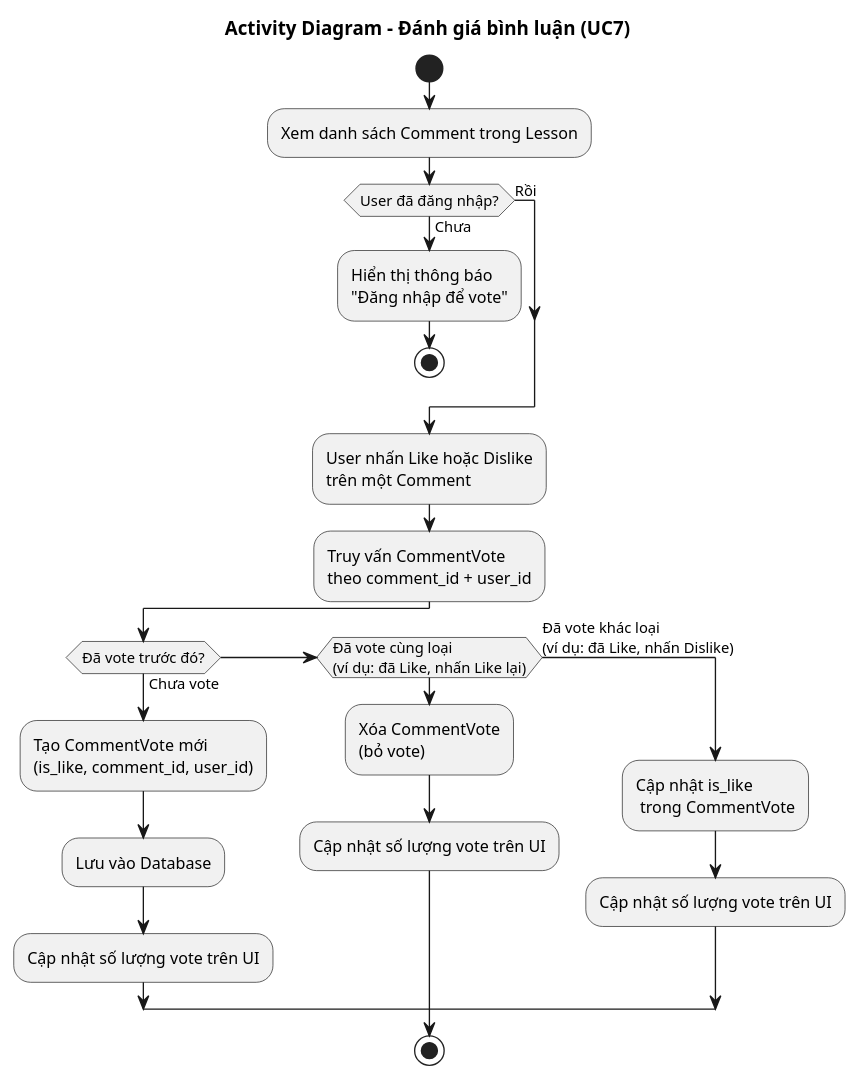
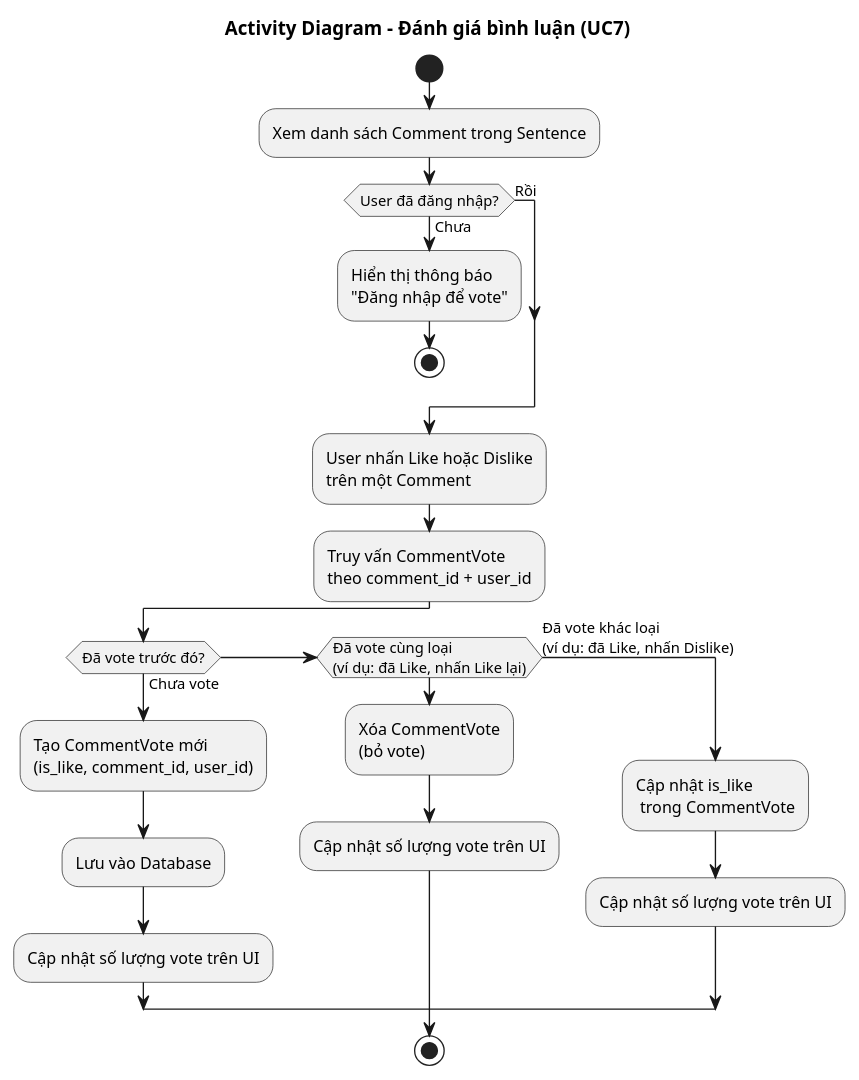
The diagram in docs/uml/ActivityDiagram/activity_vote.puml (nguyenthetan752005-max/EnglishListeningPracticeWebsite), drawn with PlantUML before and after one commit. The commit also changed 10 other files, not shown here.

```diff
--- a/docs/uml/ActivityDiagram/activity_vote.puml
+++ b/docs/uml/ActivityDiagram/activity_vote.puml
@@ -1,33 +1,33 @@
 @startuml Activity_Vote
 title Activity Diagram - Đánh giá bình luận (UC7)
 
 start
 
-:Xem danh sách Comment trong Lesson;
+:Xem danh sách Comment trong Sentence;
 
 if (User đã đăng nhập?) then (Chưa)
   :Hiển thị thông báo\n"Đăng nhập để vote";
   stop
 else (Rồi)
 endif
 
 :User nhấn Like hoặc Dislike\ntrên một Comment;
 
 :Truy vấn CommentVote\ntheo comment_id + user_id;
 
 if (Đã vote trước đó?) then (Chưa vote)
   :Tạo CommentVote mới\n(is_like, comment_id, user_id);
   :Lưu vào Database;
   :Cập nhật số lượng vote trên UI;
 
 elseif (Đã vote cùng loại\n(ví dụ: đã Like, nhấn Like lại)) then
   :Xóa CommentVote\n(bỏ vote);
   :Cập nhật số lượng vote trên UI;
 
 else (Đã vote khác loại\n(ví dụ: đã Like, nhấn Dislike))
   :Cập nhật is_like\n trong CommentVote;
   :Cập nhật số lượng vote trên UI;
 endif
 
 stop
 @enduml
```
